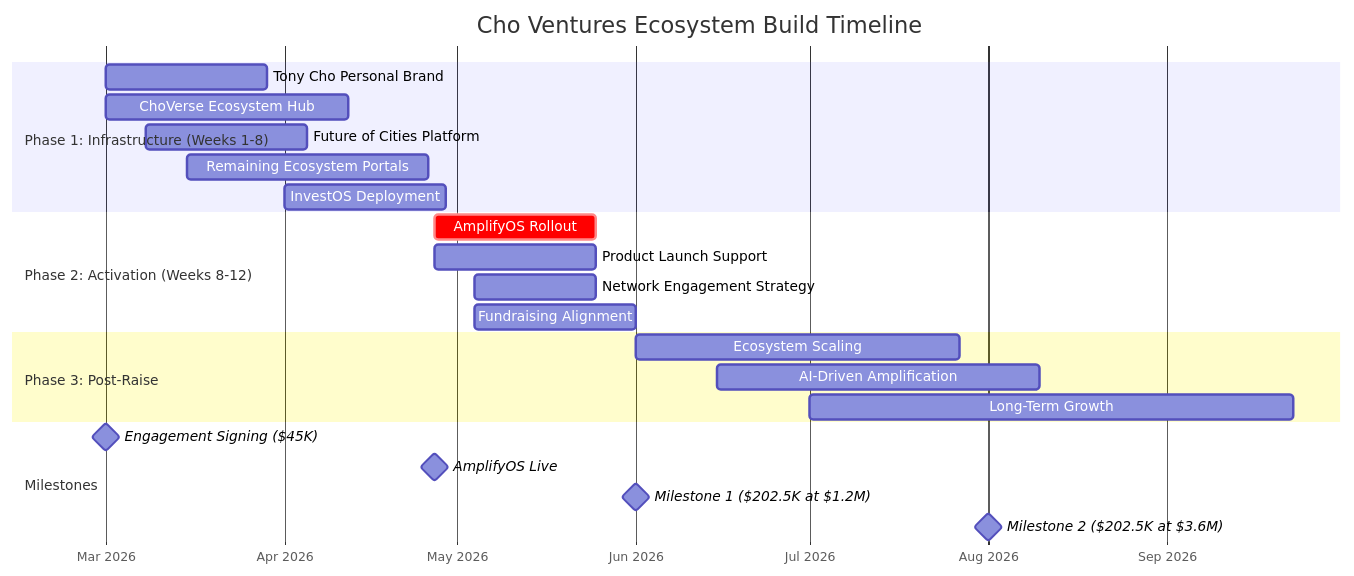
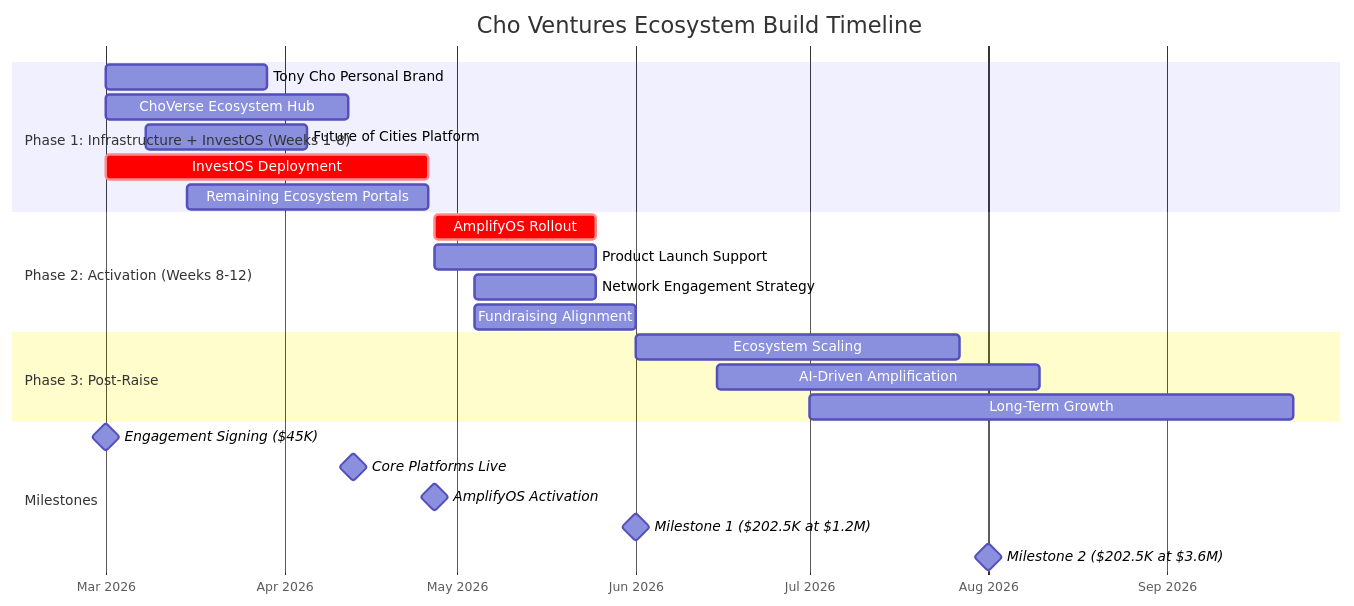
The tenth of 11 diagrams in brands/cho-ventures-ai/spec/CHO-VENTURES-FINAL-PRICING-STRATEGY.md (Light-Brands/brand-factory), drawn with Mermaid before and after one commit. The commit also changed other lines of this file and 1 other file, not shown here.

First line of the commit message:
Move InvestOS to day-one parallel build, AmplifyOS follows core platforms

````diff
--- a/brands/cho-ventures-ai/spec/CHO-VENTURES-FINAL-PRICING-STRATEGY.md
+++ b/brands/cho-ventures-ai/spec/CHO-VENTURES-FINAL-PRICING-STRATEGY.md
@@ -700,30 +700,31 @@
 ```mermaid
 gantt
     title Cho Ventures Ecosystem Build Timeline
     dateFormat YYYY-MM-DD
     axisFormat %b %Y
 
-    section Phase 1: Infrastructure (Weeks 1-8)
+    section Phase 1: Infrastructure + InvestOS (Weeks 1-8)
     Tony Cho Personal Brand        :p1a, 2026-03-01, 4w
     ChoVerse Ecosystem Hub         :p1b, 2026-03-01, 6w
     Future of Cities Platform      :p1c, 2026-03-08, 4w
+    InvestOS Deployment            :crit, p1e, 2026-03-01, 8w
     Remaining Ecosystem Portals    :p1d, 2026-03-15, 6w
-    InvestOS Deployment            :p1e, 2026-04-01, 4w
 
     section Phase 2: Activation (Weeks 8-12)
     AmplifyOS Rollout              :crit, p2a, 2026-04-27, 4w
     Product Launch Support         :p2b, 2026-04-27, 4w
     Network Engagement Strategy    :p2c, 2026-05-04, 3w
     Fundraising Alignment          :p2d, 2026-05-04, 4w
 
     section Phase 3: Post-Raise
     Ecosystem Scaling              :p3a, 2026-06-01, 8w
     AI-Driven Amplification        :p3b, 2026-06-15, 8w
     Long-Term Growth               :p3c, 2026-07-01, 12w
 
     section Milestones
     Engagement Signing ($45K)      :milestone, m1, 2026-03-01, 0d
-    AmplifyOS Live                 :milestone, m2, 2026-04-27, 0d
-    Milestone 1 ($202.5K at $1.2M) :milestone, m3, 2026-06-01, 0d
-    Milestone 2 ($202.5K at $3.6M) :milestone, m4, 2026-08-01, 0d
+    Core Platforms Live            :milestone, m2, 2026-04-13, 0d
+    AmplifyOS Activation           :milestone, m3, 2026-04-27, 0d
+    Milestone 1 ($202.5K at $1.2M) :milestone, m4, 2026-06-01, 0d
+    Milestone 2 ($202.5K at $3.6M) :milestone, m5, 2026-08-01, 0d
 ```
````
